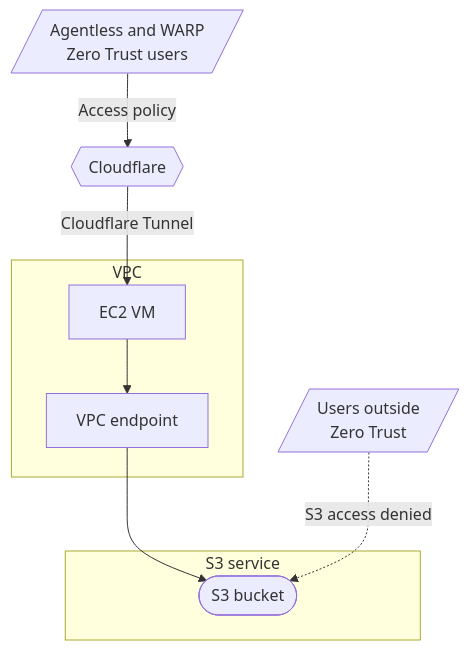
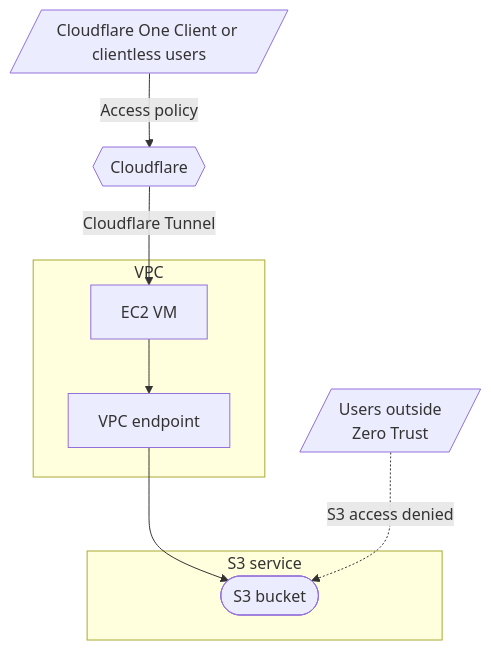
The first of 2 diagrams in src/content/docs/cloudflare-one/tutorials/s3-buckets.mdx (rdhanarot/cloudflare-docs), drawn with Mermaid before and after one commit. The commit also changed other lines of this file and 22 other files, not shown here.

First line of the commit message:
[ZT] WARP Client --> Cloudflare One Client image audit (#29104)

````diff
--- a/src/content/docs/cloudflare-one/tutorials/s3-buckets.mdx
+++ b/src/content/docs/cloudflare-one/tutorials/s3-buckets.mdx
@@ -17,16 +17,16 @@
 ```mermaid
 flowchart TB
-    cf1[/Agentless and WARP </br>Zero Trust users/]--Access policy-->cf2{{Cloudflare}}
+    cf1[/Cloudflare One Client or clientless users/]--Access policy-->cf2{{Cloudflare}}
     cf2--Cloudflare Tunnel-->vpc1
 
     subgraph VPC
     vpc1[EC2 VM]-->vpc2[VPC endpoint]
     end
     vpc2-->s3_1
 
     subgraph S3 service
     s3_1([S3 bucket])
     end
 
     i1[/Users outside </br> Zero Trust/]-. "S3 access denied" .->s3_1
 ```
````
